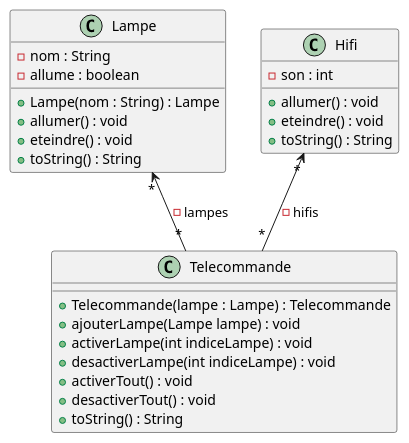
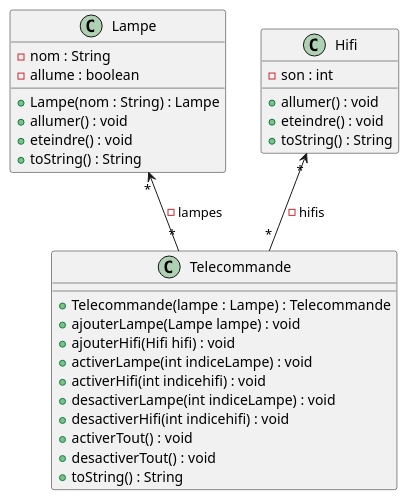
One commit to Zhi-Sheng-Trieu/2022_coo_domotique_Noel_Trieu changed the diagram in schema.puml. Above: the diagram before and after it, drawn with PlantUML.

Commit message:
finalisation du diagramme de classes

```diff
--- a/schema.puml
+++ b/schema.puml
@@ -1,34 +1,37 @@
 @startuml
 
 class Lampe{
     -nom : String
     -allume : boolean
     +Lampe(nom : String) : Lampe
     +allumer() : void
     +eteindre() : void
     +toString() : String
 }
 
 class Telecommande{
 
     +Telecommande(lampe : Lampe) : Telecommande
     +ajouterLampe(Lampe lampe) : void
+    +ajouterHifi(Hifi hifi) : void
     +activerLampe(int indiceLampe) : void
+    +activerHifi(int indicehifi) : void
     +desactiverLampe(int indiceLampe) : void
+    +desactiverHifi(int indicehifi) : void
     +activerTout() : void
     +desactiverTout() : void
     +toString() : String
 }
 
 class Hifi{
     -son : int
     +allumer() : void
     +eteindre() : void
     +toString() : String
 }
 
 
 Lampe "*" <-- "*" Telecommande : - lampes
 Hifi "*" <-- "*" Telecommande : - hifis
 
 @enduml
```
